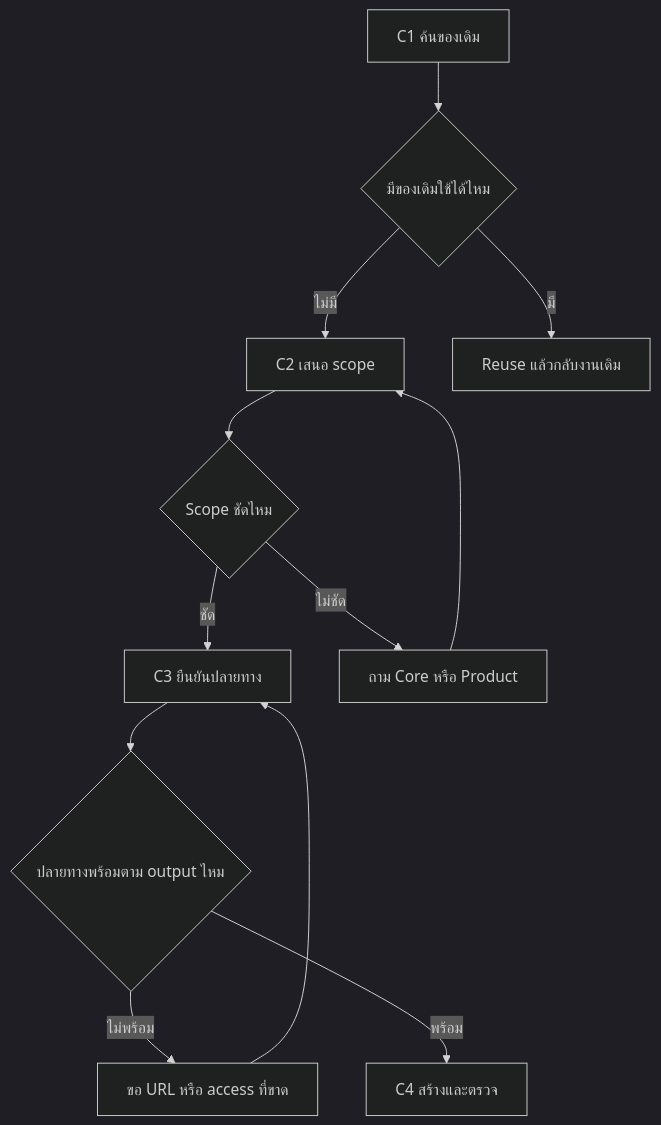
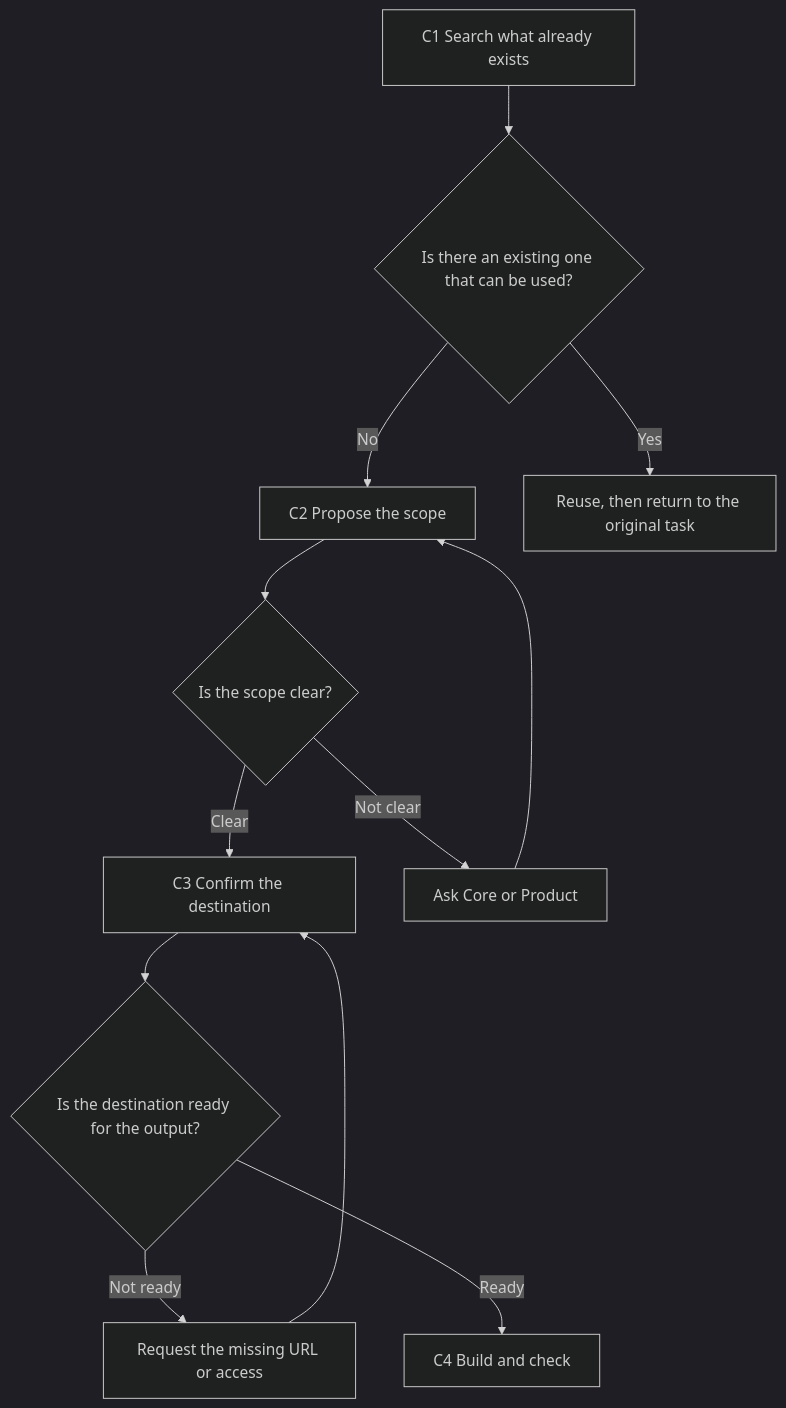
The third of 7 diagrams in design-system/rules/workflow-map.md (PraewNAT/cariva-design-workspace), drawn with Mermaid (dark theme) before and after one commit. The commit also changed other lines of this file and 190 other files, not shown here.

````diff
--- a/design-system/rules/workflow-map.md
+++ b/design-system/rules/workflow-map.md
@@ -87,14 +87,14 @@
 ```mermaid
 flowchart TD
-    C1["C1 ค้นของเดิม"]
-    C2["C2 เสนอ scope"]
-    C3["C3 ยืนยันปลายทาง"]
-    C4["C4 สร้างและตรวจ"]
-    C1 --> Q{มีของเดิมใช้ได้ไหม}
-    Q -->|มี| R[Reuse แล้วกลับงานเดิม]
-    Q -->|ไม่มี| C2 --> A{Scope ชัดไหม}
-    A -->|ไม่ชัด| B[ถาม Core หรือ Product] --> C2
-    A -->|ชัด| C3 --> D{ปลายทางพร้อมตาม output ไหม}
-    D -->|ไม่พร้อม| E[ขอ URL หรือ access ที่ขาด] --> C3
-    D -->|พร้อม| C4
+    C1["C1 Search what already exists"]
+    C2["C2 Propose the scope"]
+    C3["C3 Confirm the destination"]
+    C4["C4 Build and check"]
+    C1 --> Q{Is there an existing one that can be used?}
+    Q -->|Yes| R[Reuse, then return to the original task]
+    Q -->|No| C2 --> A{Is the scope clear?}
+    A -->|Not clear| B[Ask Core or Product] --> C2
+    A -->|Clear| C3 --> D{Is the destination ready for the output?}
+    D -->|Not ready| E[Request the missing URL or access] --> C3
+    D -->|Ready| C4
 ```
````
